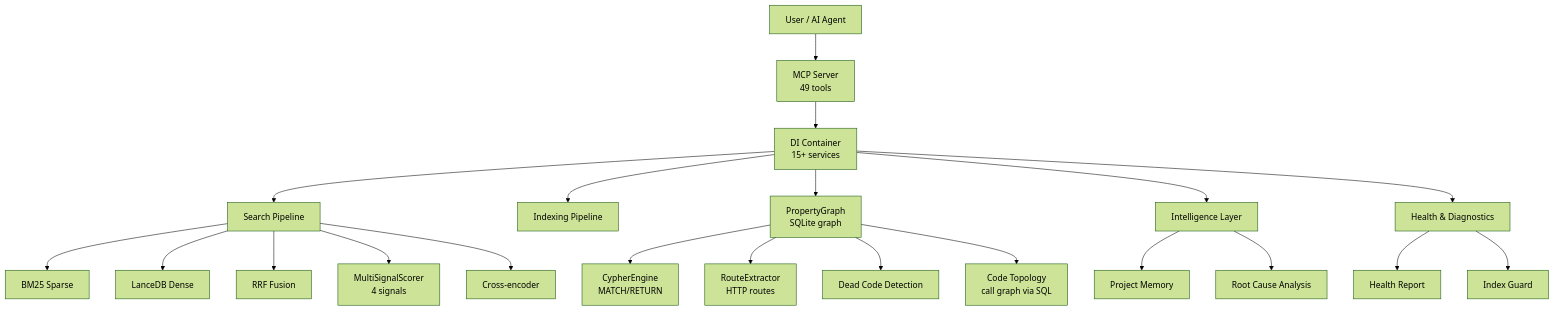
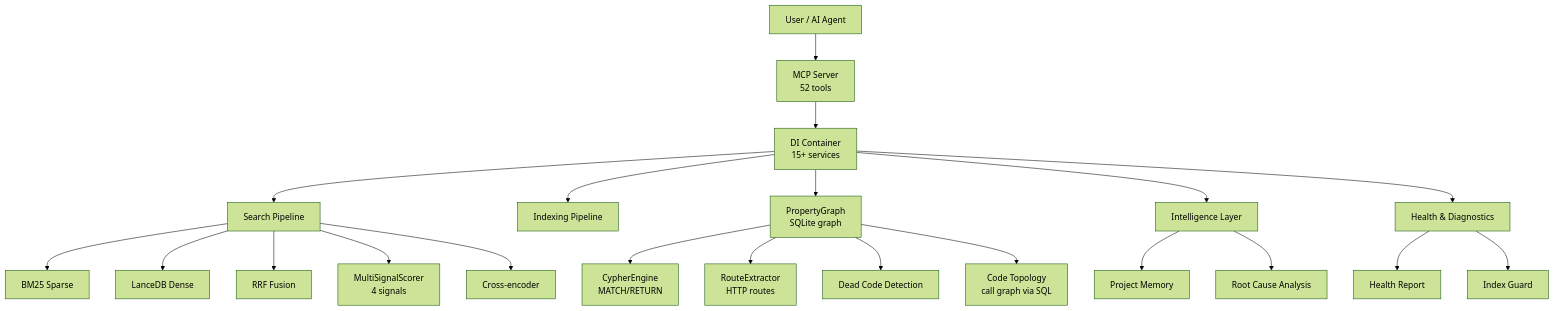
Before and after one commit to ManSio/mscodebase-intelligence: the first of 8 diagrams in docs/zh/ARCHITECTURE_DEEP.md, drawn with Mermaid (forest theme). The commit also changed other lines of this file and 43 other files, not shown here.

````diff
--- a/docs/zh/ARCHITECTURE_DEEP.md
+++ b/docs/zh/ARCHITECTURE_DEEP.md
@@ -7,27 +7,27 @@
 ```mermaid
 flowchart TD
-    User[User / AI Agent] --> MCP[MCP Server\n49 tools]
+    User[User / AI Agent] --> MCP[MCP Server\n52 tools]
     MCP --> DI[DI Container\n15+ services]
     DI --> Search[Search Pipeline]
     DI --> Index[Indexing Pipeline]
     DI --> Graph[PropertyGraph\nSQLite graph]
     DI --> Intel[Intelligence Layer]
     DI --> Health[Health & Diagnostics]
     
     Search --> BM25[BM25 Sparse]
     Search --> Dense[LanceDB Dense]
     Search --> RRF[RRF Fusion]
     Search --> MultiSig[MultiSignalScorer\n4 signals]
     Search --> Rerank[Cross-encoder]
     
     Graph --> Cypher[CypherEngine\nMATCH/RETURN]
     Graph --> Route[RouteExtractor\nHTTP routes]
     Graph --> Dead[Dead Code Detection]
     Graph --> Topology[Code Topology\ncall graph via SQL]
     
     Intel --> Memory[Project Memory]
     Intel --> RCA[Root Cause Analysis]
     
     Health --> Report[Health Report]
     Health --> Guard[Index Guard]
 ```
````
